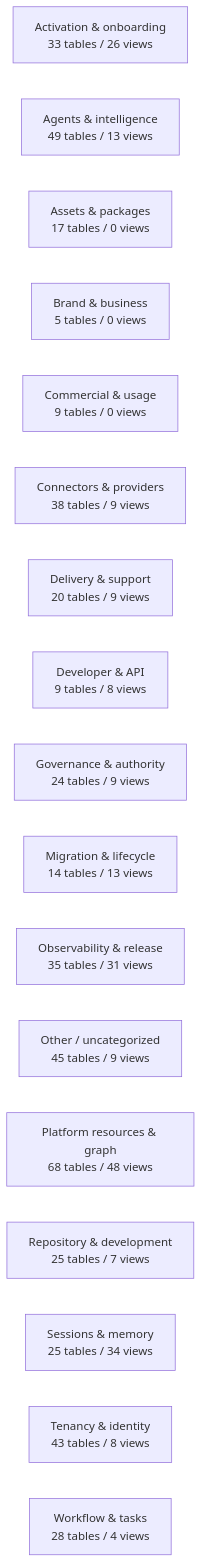
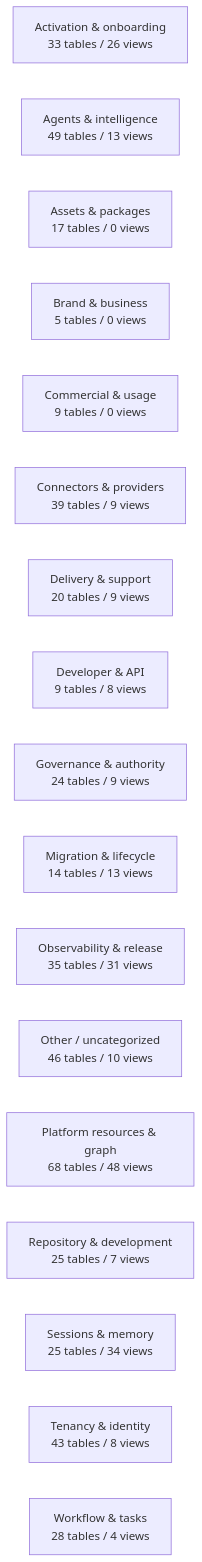
One commit to mad4bdigital-ai/multi-business-multi-role-growth-intelligence-os changed the diagram in docs/work-maps/data-model-domain-map.md. Above: the diagram before and after it, drawn with Mermaid. The commit also changed other lines of this file and 5 other files, not shown here.

````diff
--- a/docs/work-maps/data-model-domain-map.md
+++ b/docs/work-maps/data-model-domain-map.md
@@ -9,20 +9,20 @@
 ```mermaid
 flowchart LR
   n_Activation___onboarding["Activation & onboarding<br/>33 tables / 26 views"]
   n_Agents___intelligence["Agents & intelligence<br/>49 tables / 13 views"]
   n_Assets___packages["Assets & packages<br/>17 tables / 0 views"]
   n_Brand___business["Brand & business<br/>5 tables / 0 views"]
   n_Commercial___usage["Commercial & usage<br/>9 tables / 0 views"]
-  n_Connectors___providers["Connectors & providers<br/>38 tables / 9 views"]
+  n_Connectors___providers["Connectors & providers<br/>39 tables / 9 views"]
   n_Delivery___support["Delivery & support<br/>20 tables / 9 views"]
   n_Developer___API["Developer & API<br/>9 tables / 8 views"]
   n_Governance___authority["Governance & authority<br/>24 tables / 9 views"]
   n_Migration___lifecycle["Migration & lifecycle<br/>14 tables / 13 views"]
   n_Observability___release["Observability & release<br/>35 tables / 31 views"]
-  n_Other___uncategorized["Other / uncategorized<br/>45 tables / 9 views"]
+  n_Other___uncategorized["Other / uncategorized<br/>46 tables / 10 views"]
   n_Platform_resources___graph["Platform resources & graph<br/>68 tables / 48 views"]
   n_Repository___development["Repository & development<br/>25 tables / 7 views"]
   n_Sessions___memory["Sessions & memory<br/>25 tables / 34 views"]
   n_Tenancy___identity["Tenancy & identity<br/>43 tables / 8 views"]
   n_Workflow___tasks["Workflow & tasks<br/>28 tables / 4 views"]
 ```
````
